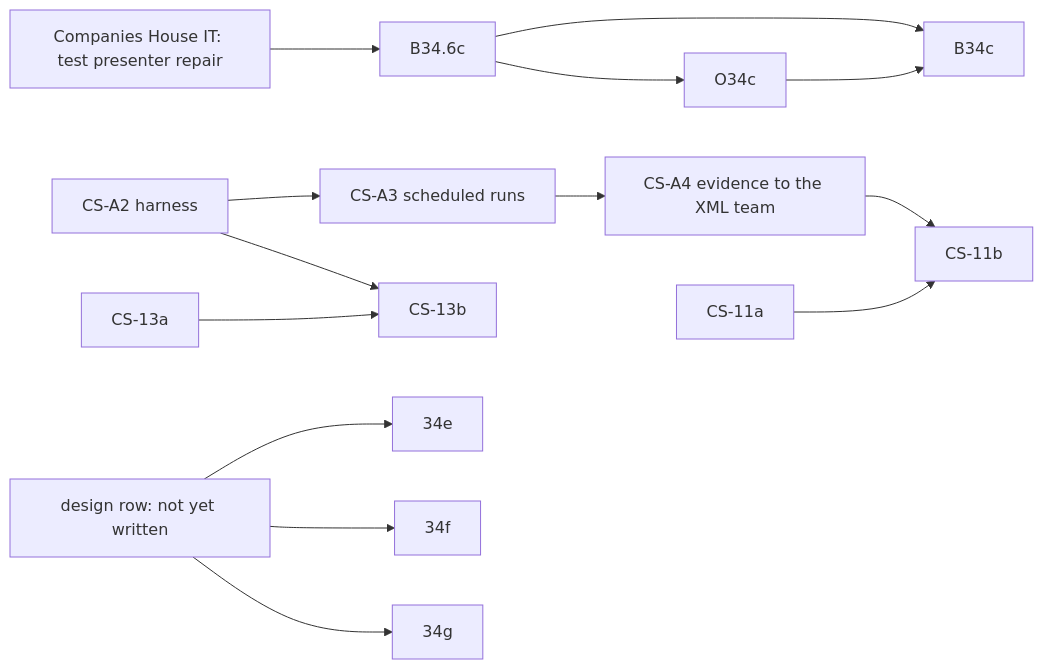
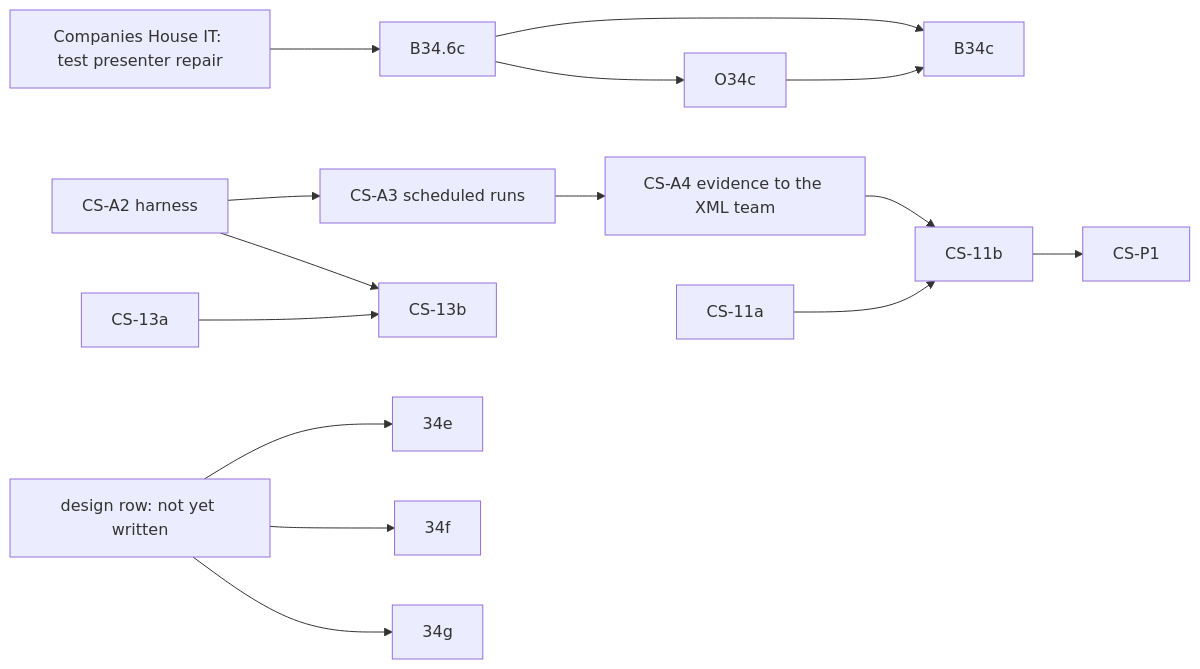
One commit to diy-accounting-uk/submit.diyaccounting.co.uk changed the diagram in PLAN_COMPANIES_HOUSE.md. Above: the diagram before and after it, drawn with Mermaid. The commit also changed other lines of this file and 3 other files, not shown here.

````diff
--- a/PLAN_COMPANIES_HOUSE.md
+++ b/PLAN_COMPANIES_HOUSE.md
@@ -67,16 +62,17 @@
 ```mermaid
 flowchart LR
     CHIT[Companies House IT: test presenter repair] --> B346c[B34.6c]
     B346c --> O34c
     B346c --> B34c
     O34c --> B34c
     CSA2[CS-A2 harness] --> CSA3[CS-A3 scheduled runs]
     CSA3 --> CSA4[CS-A4 evidence to the XML team]
     CSA4 --> CS11b[CS-11b]
+    CS11b --> CSP1[CS-P1]
     CSA2 --> CS13b[CS-13b]
     CS13a[CS-13a] --> CS13b
     CS11a[CS-11a] --> CS11b
     Design[design row: not yet written] --> Row34e[34e]
     Design --> Row34f[34f]
     Design --> Row34g[34g]
 ```
````
